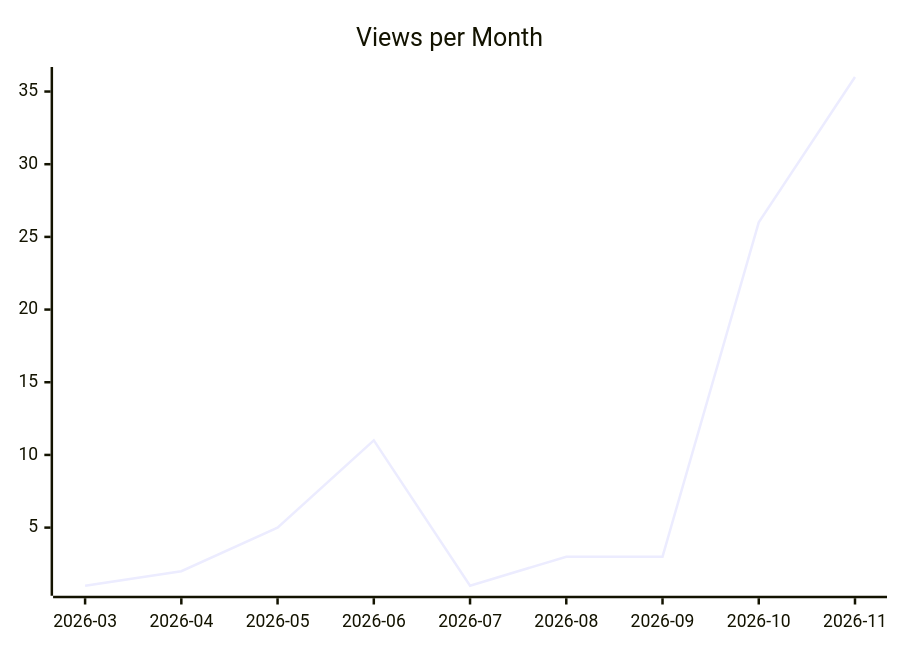
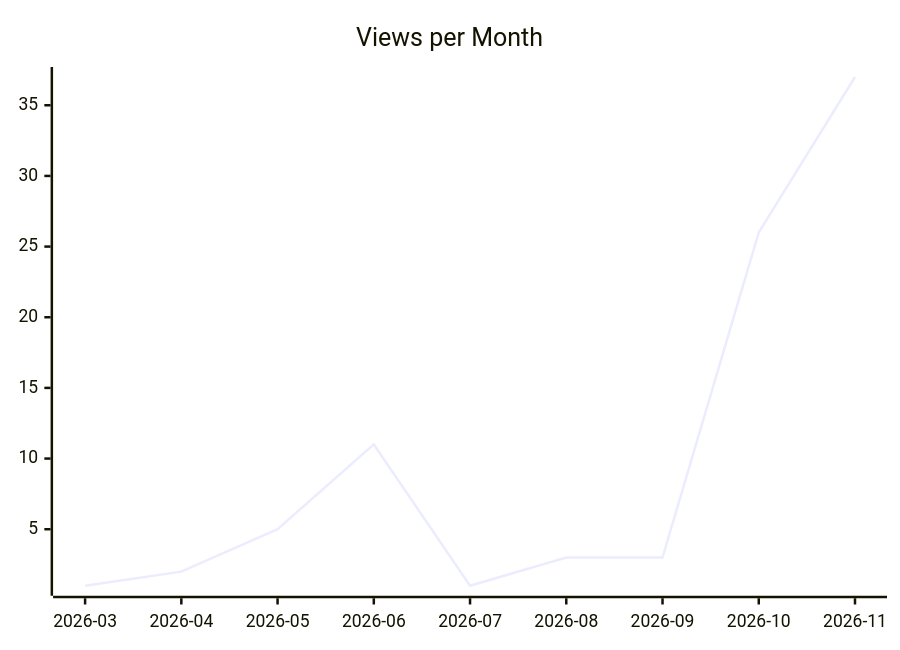
The second of 3 diagrams in karlmdavis/justdavis-ansible/README.md (justdavis-family/github-analytics-data), drawn with Mermaid before and after one commit. The commit also changed other lines of this file and 193 other files, not shown here.

````diff
--- a/karlmdavis/justdavis-ansible/README.md
+++ b/karlmdavis/justdavis-ansible/README.md
@@ -12,6 +12,6 @@
 ```mermaid
 xychart-beta
   title "Views per Month"
   x-axis ["2026-03", "2026-04", "2026-05", "2026-06", "2026-07", "2026-08", "2026-09", "2026-10", "2026-11"]
-  line [1, 2, 5, 11, 1, 3, 3, 26, 36]
+  line [1, 2, 5, 11, 1, 3, 3, 26, 37]
 ```
````
